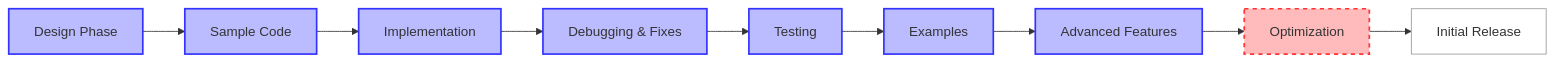
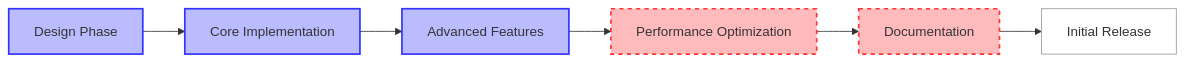
The diagram in memory-bank/progress.md (tvaroska/docstate), drawn with Mermaid before and after one commit. The commit also changed other lines of this file and 24 other files, not shown here.

````diff
--- a/memory-bank/progress.md
+++ b/memory-bank/progress.md
@@ -7,14 +7,11 @@
 ```mermaid
 flowchart LR
-    Design[Design Phase] --> Sample[Sample Code] --> Implementation[Implementation] --> Debug[Debugging & Fixes] --> Testing[Testing] --> Examples[Examples] --> Advanced[Advanced Features] --> Optimization[Optimization] --> Release[Initial Release]
+    Design[Design Phase] --> Implementation[Core Implementation] --> Features[Advanced Features] --> Performance[Performance Optimization] --> Documentation[Documentation] --> Release[Initial Release]
     
     style Design fill:#bbf,stroke:#33f,stroke-width:2px
-    style Sample fill:#bbf,stroke:#33f,stroke-width:2px
     style Implementation fill:#bbf,stroke:#33f,stroke-width:2px
-    style Debug fill:#bbf,stroke:#33f,stroke-width:2px
-    style Testing fill:#bbf,stroke:#33f,stroke-width:2px
-    style Examples fill:#bbf,stroke:#33f,stroke-width:2px
-    style Advanced fill:#bbf,stroke:#33f,stroke-width:2px
-    style Optimization fill:#fbb,stroke:#f33,stroke-width:2px,stroke-dasharray: 5 5
+    style Features fill:#bbf,stroke:#33f,stroke-width:2px
+    style Performance fill:#fbb,stroke:#f33,stroke-width:2px,stroke-dasharray: 5 5
+    style Documentation fill:#fbb,stroke:#f33,stroke-width:2px,stroke-dasharray: 5 5
     style Release fill:#fff,stroke:#999
 ```
````
